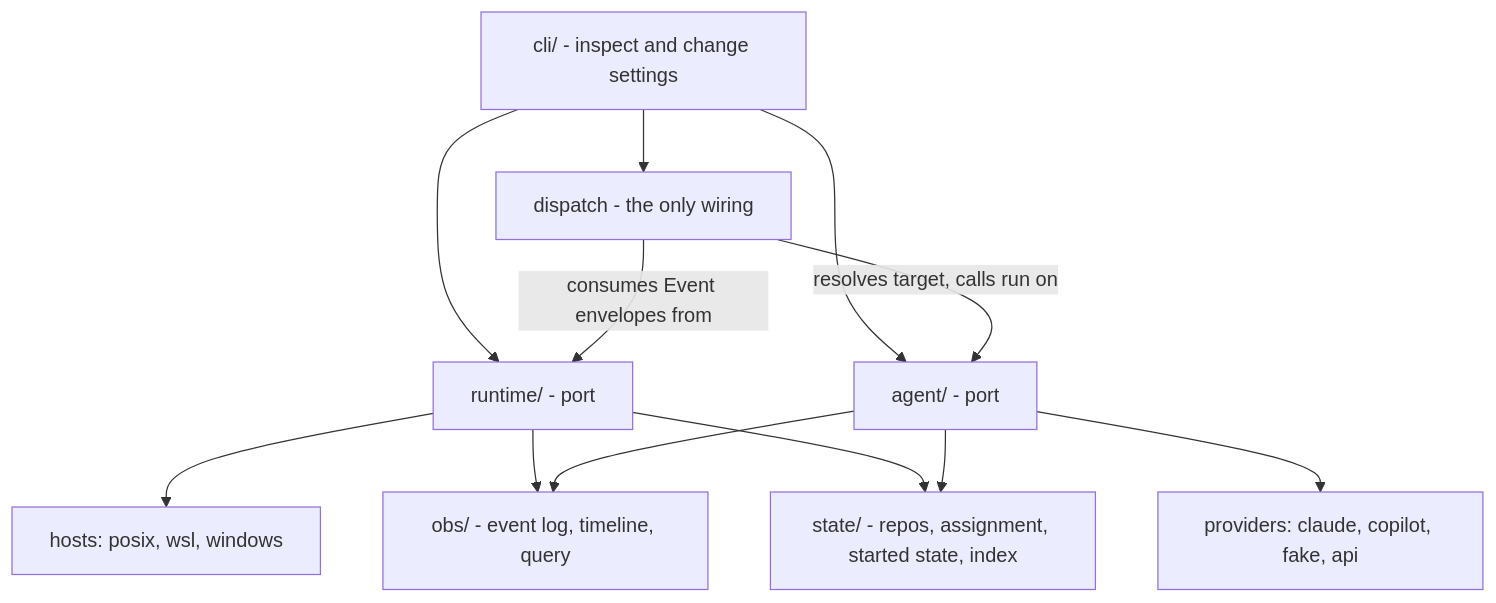
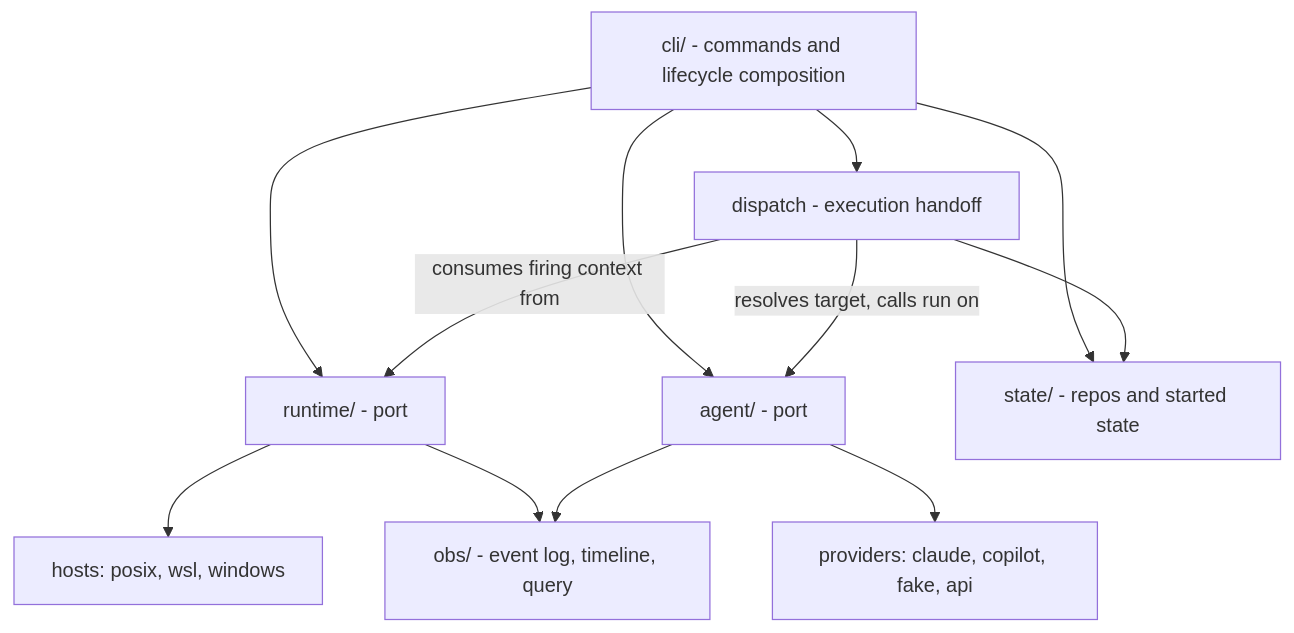
One commit to johnshew/agents-live changed the diagram in docs/refactoring-runtime-and-agent-seams.md. Above: the diagram before and after it, drawn with Mermaid. The commit also changed other lines of this file, not shown here.

Commit message:
docs: simplify runtime seam proposal

````diff
--- a/docs/refactoring-runtime-and-agent-seams.md
+++ b/docs/refactoring-runtime-and-agent-seams.md
@@ -136,14 +141,14 @@
 ```mermaid
 graph TD
-    CLI[cli/ - inspect and change settings] --> RT[runtime/ - port]
+    CLI[cli/ - commands and lifecycle composition] --> RT[runtime/ - port]
     CLI --> AG[agent/ - port]
+    CLI --> ST[state/ - repos and started state]
     RT --> HOSTS[hosts: posix, wsl, windows]
     AG --> PROV[providers: claude, copilot, fake, api]
-    CLI --> DISP[dispatch - the only wiring]
-    DISP -->|consumes Event envelopes from| RT
+    CLI --> DISP[dispatch - execution handoff]
+    DISP -->|consumes firing context from| RT
     DISP -->|resolves target, calls run on| AG
+    DISP --> ST
     RT --> OBS[obs/ - event log, timeline, query]
     AG --> OBS
-    RT --> ST[state/ - repos, assignment, started state, index]
-    AG --> ST
 ```
````
